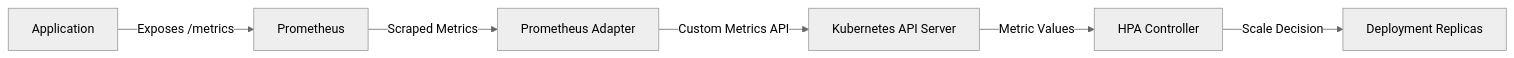
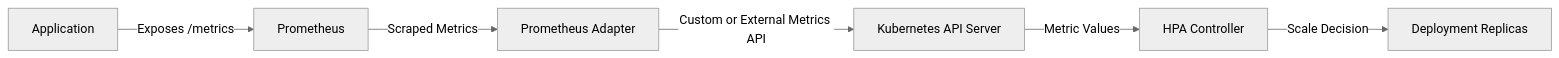
One commit to OneUptime/blog changed the diagram in posts/2026-02-16-how-to-configure-horizontal-pod-autoscaler-with-custom-metrics-from-prometheus-on-aks/README.md. Above: the diagram before and after it, drawn with Mermaid (neutral theme). The commit also changed other lines of this file and 2 other files, not shown here.

Commit message:
validate: 2026-02-16-how-to-configure-horizontal-pod-autoscaler-with-custom-metrics-from-prometheus-on-aks

````diff
--- a/posts/2026-02-16-how-to-configure-horizontal-pod-autoscaler-with-custom-metrics-from-prometheus-on-aks/README.md
+++ b/posts/2026-02-16-how-to-configure-horizontal-pod-autoscaler-with-custom-metrics-from-prometheus-on-aks/README.md
@@ -19,8 +19,8 @@
 ```mermaid
 graph LR
     A[Application] -->|Exposes /metrics| B[Prometheus]
     B -->|Scraped Metrics| C[Prometheus Adapter]
-    C -->|Custom Metrics API| D[Kubernetes API Server]
+    C -->|Custom or External Metrics API| D[Kubernetes API Server]
     D -->|Metric Values| E[HPA Controller]
     E -->|Scale Decision| F[Deployment Replicas]
 ```
````
